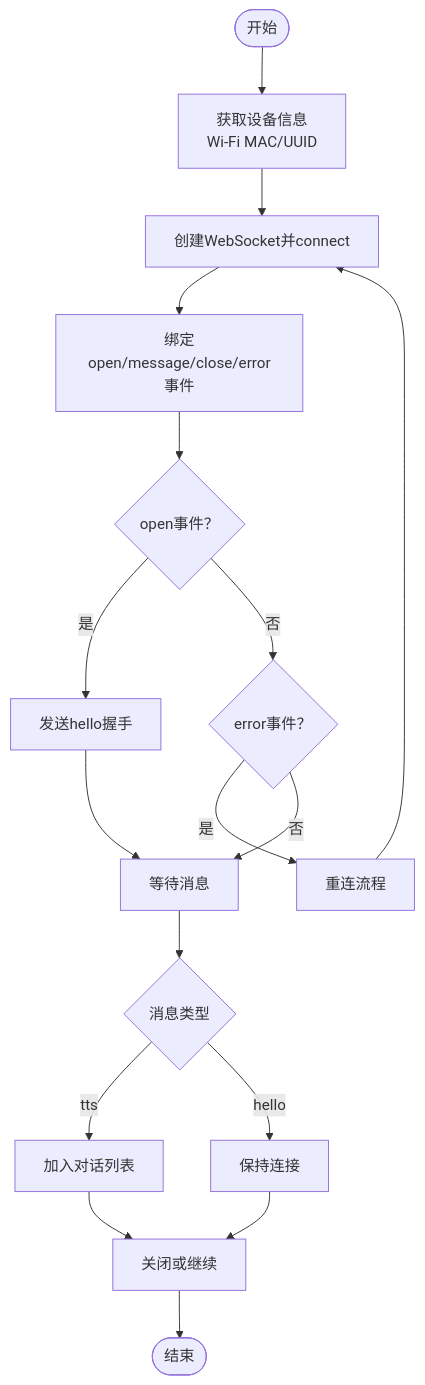
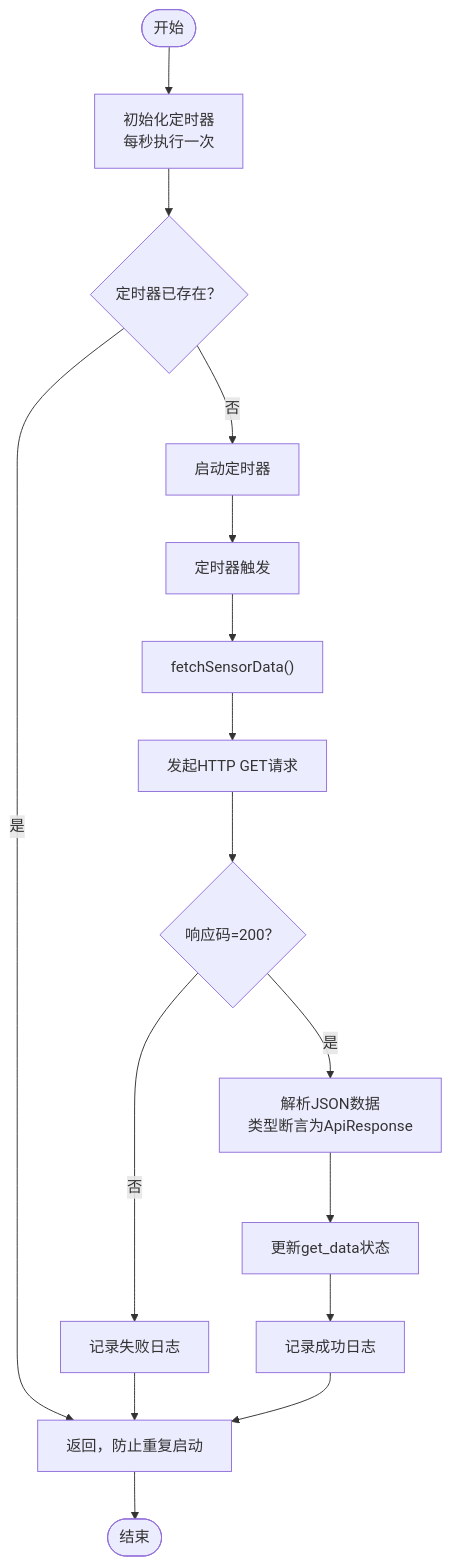
One commit to Neonrey-hub/SmartController changed the fourth of 8 diagrams in .qoder/repowiki/zh/content/设备通信系统/设备通信系统.md. Above: the diagram before and after it, drawn with Mermaid. The commit also changed other lines of this file and 16 other files, not shown here.

````diff
--- a/.qoder/repowiki/zh/content/设备通信系统/设备通信系统.md
+++ b/.qoder/repowiki/zh/content/设备通信系统/设备通信系统.md
@@ -161,19 +226,18 @@
 ```mermaid
 flowchart TD
-Start(["开始"]) --> GetDev["获取设备信息<br/>Wi-Fi MAC/UUID"]
-GetDev --> CreateWS["创建WebSocket并connect"]
-CreateWS --> BindEvt["绑定open/message/close/error事件"]
-BindEvt --> Open{"open事件？"}
-Open --> |是| Hello["发送hello握手"]
-Open --> |否| Retry{"error事件？"}
-Retry --> |是| Reconnect["重连流程"]
-Retry --> |否| WaitMsg["等待消息"]
-Hello --> WaitMsg
-WaitMsg --> MsgType{"消息类型"}
-MsgType --> |tts| PushTTS["加入对话列表"]
-MsgType --> |hello| KeepAlive["保持连接"]
-PushTTS --> Close["关闭或继续"]
-KeepAlive --> Close
-Reconnect --> CreateWS
-Close --> End(["结束"])
+Start(["开始"]) --> InitTimer["初始化定时器<br/>每秒执行一次"]
+InitTimer --> CheckTimer{"定时器已存在？"}
+CheckTimer --> |是| Return["返回，防止重复启动"]
+CheckTimer --> |否| StartTimer["启动定时器"]
+StartTimer --> TimerTick["定时器触发"]
+TimerTick --> FetchData["fetchSensorData()"]
+FetchData --> HttpReq["发起HTTP GET请求"]
+HttpReq --> RespCode{"响应码=200？"}
+RespCode --> |是| ParseJson["解析JSON数据<br/>类型断言为ApiResponse"]
+ParseJson --> UpdateState["更新get_data状态"]
+UpdateState --> LogSuccess["记录成功日志"]
+RespCode --> |否| LogError["记录失败日志"]
+LogError --> Return
+LogSuccess --> Return
+Return --> End(["结束"])
 ```
````
